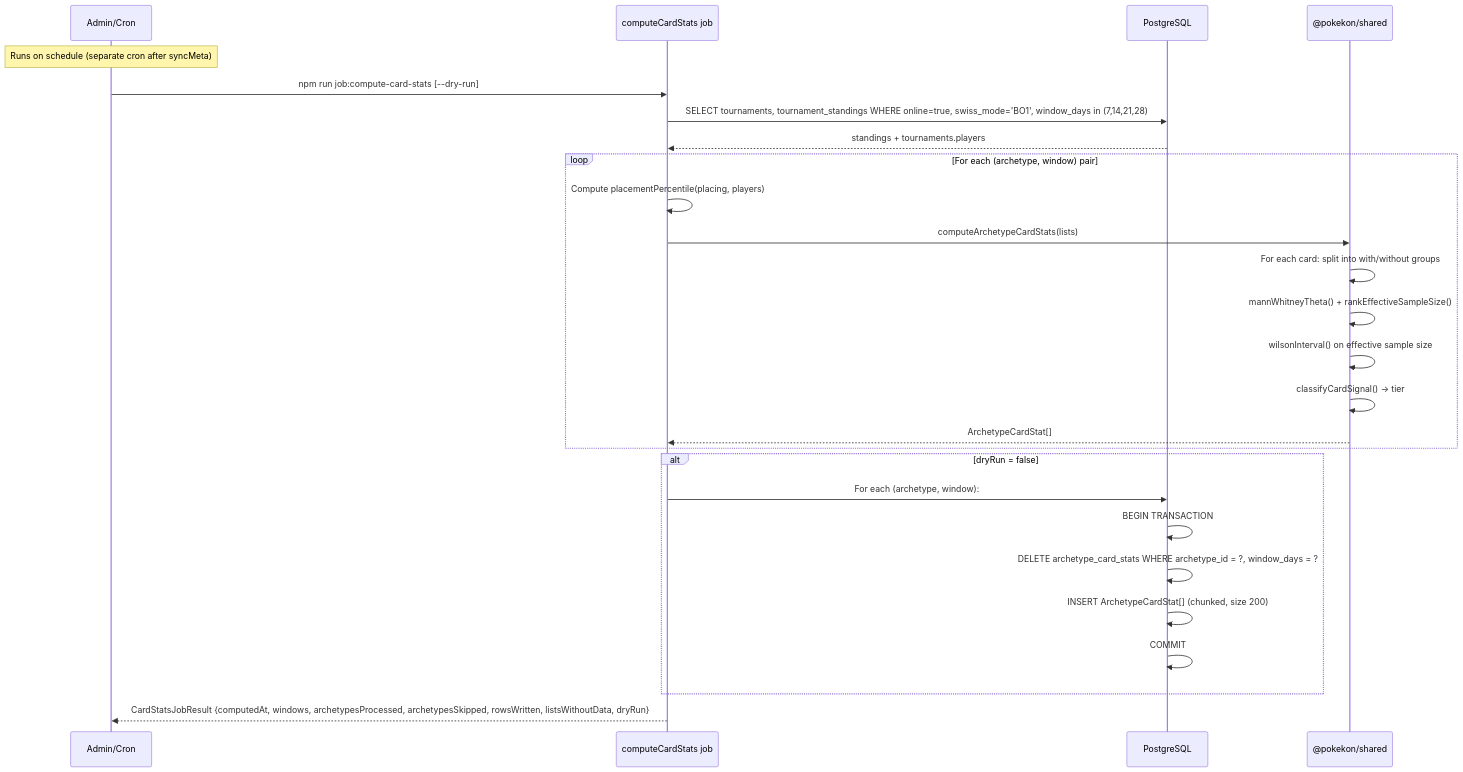
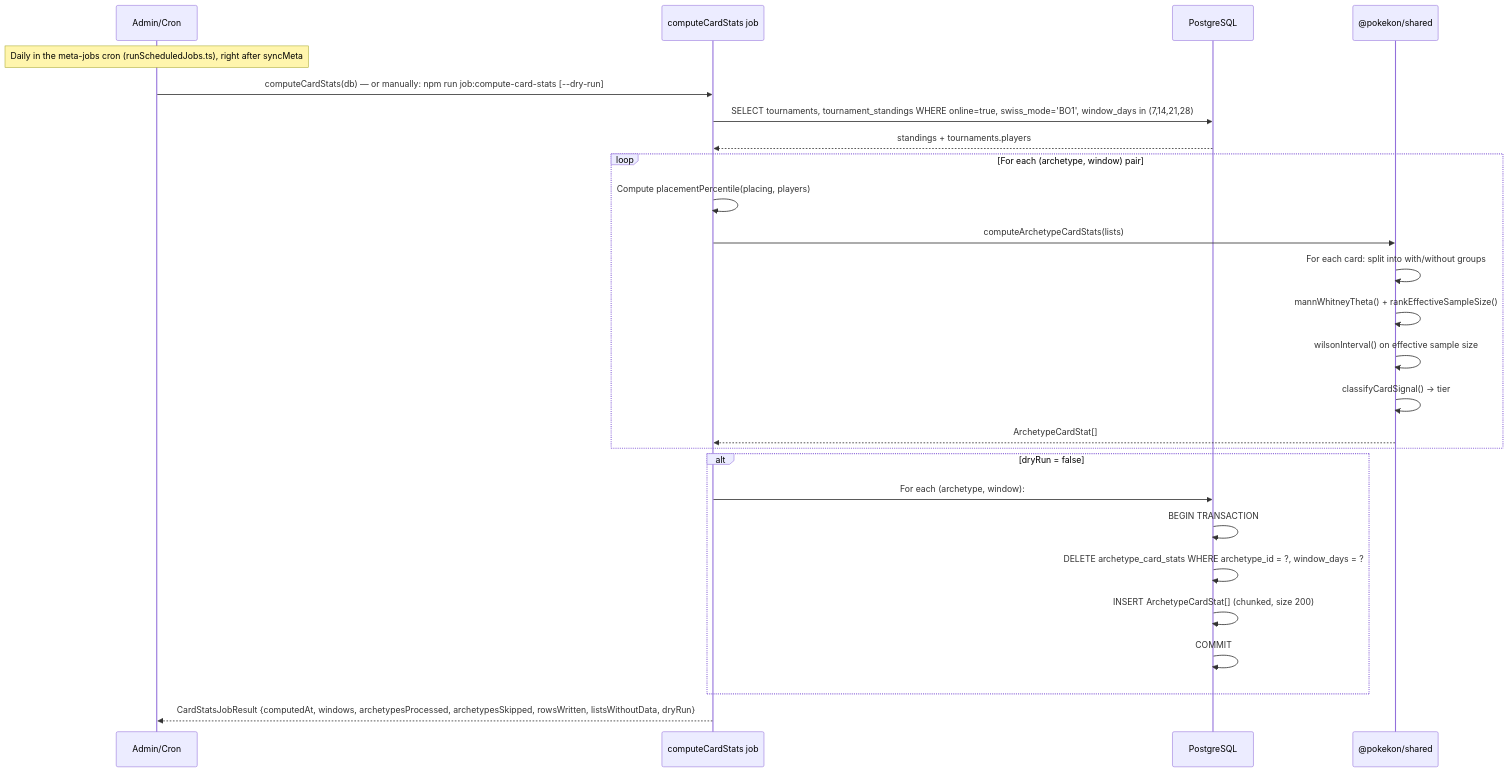
Before and after one commit to konradthiemann/Pokekon: diagram 11 of 16 in docs/data-flow.md, drawn with Mermaid. The commit also changed other lines of this file and 8 other files, not shown here.

First line of the commit message:
fix(api): schedule the meta jobs in one daily cron entry point

````diff
--- a/docs/data-flow.md
+++ b/docs/data-flow.md
@@ -422,33 +422,33 @@
 ```mermaid
 sequenceDiagram
     participant Admin/Cron
     participant Job as computeCardStats job
     participant DB as PostgreSQL
     participant Engine as @pokekon/shared
 
-    Note over Admin/Cron: Runs on schedule (separate cron after syncMeta)
+    Note over Admin/Cron: Daily in the meta-jobs cron (runScheduledJobs.ts), right after syncMeta
 
-    Admin/Cron->>Job: npm run job:compute-card-stats [--dry-run]
+    Admin/Cron->>Job: computeCardStats(db) — or manually: npm run job:compute-card-stats [--dry-run]
     Job->>DB: SELECT tournaments, tournament_standings WHERE online=true, swiss_mode='BO1', window_days in (7,14,21,28)
     DB-->>Job: standings + tournaments.players
 
     loop For each (archetype, window) pair
         Job->>Job: Compute placementPercentile(placing, players)
         Job->>Engine: computeArchetypeCardStats(lists)
         Engine->>Engine: For each card: split into with/without groups
         Engine->>Engine: mannWhitneyTheta() + rankEffectiveSampleSize()
         Engine->>Engine: wilsonInterval() on effective sample size
         Engine->>Engine: classifyCardSignal() → tier
         Engine-->>Job: ArchetypeCardStat[]
     end
 
     alt dryRun = false
         Job->>DB: For each (archetype, window):
         DB->>DB: BEGIN TRANSACTION
         DB->>DB: DELETE archetype_card_stats WHERE archetype_id = ?, window_days = ?
         DB->>DB: INSERT ArchetypeCardStat[] (chunked, size 200)
         DB->>DB: COMMIT
     end
 
     Job-->>Admin/Cron: CardStatsJobResult {computedAt, windows, archetypesProcessed, archetypesSkipped, rowsWritten, listsWithoutData, dryRun}
 ```
````
